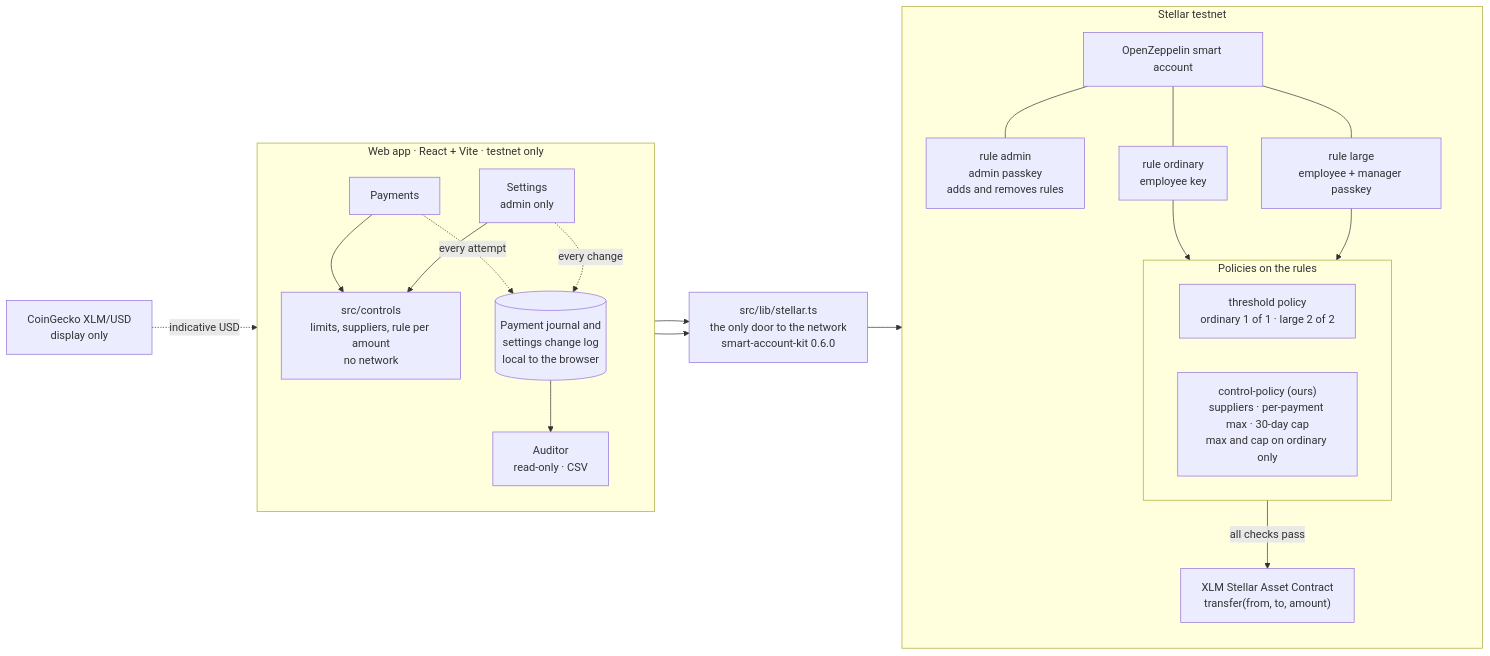
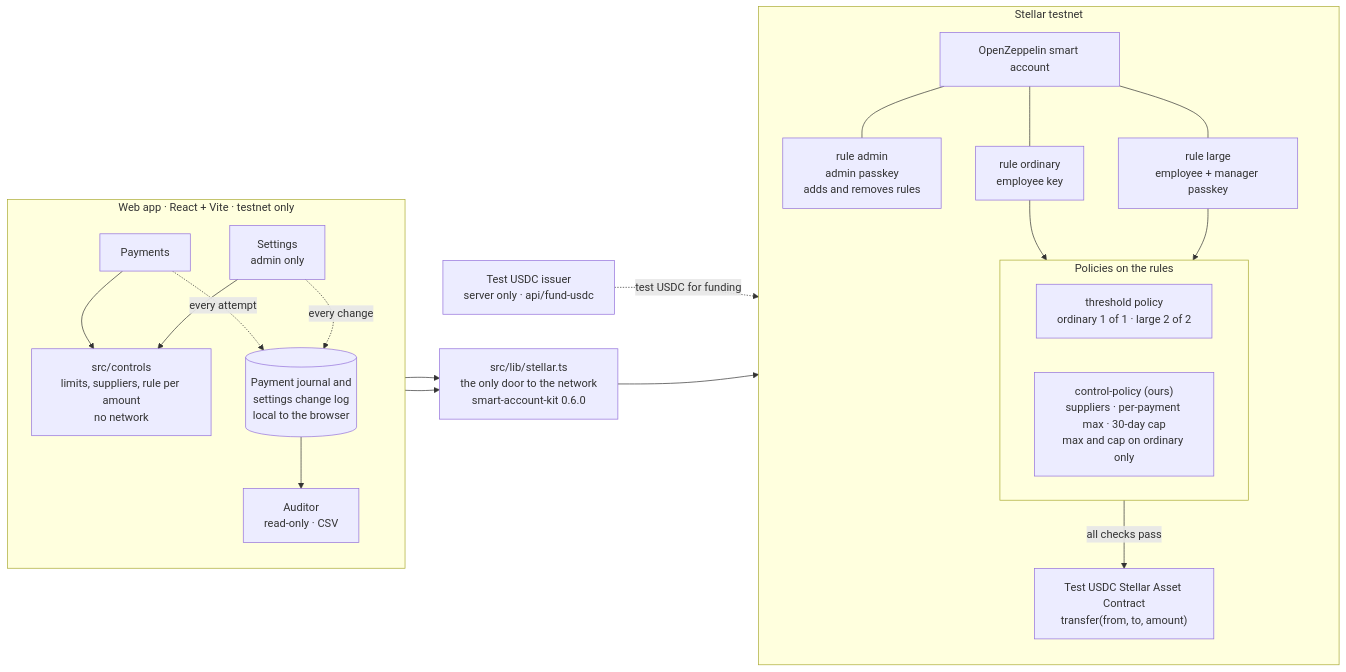
Before and after one commit to Dabuca/arqueo: the diagram in README.md, drawn with Mermaid. The commit also changed other lines of this file and 33 other files, not shown here.

First line of the commit message:
feat(R18): pay in test USDC funded by a server-side issuer

````diff
--- a/README.md
+++ b/README.md
@@ -21,44 +35,44 @@
 ```mermaid
 flowchart LR
-    Price["CoinGecko XLM/USD<br/>display only"]
+    Issuer["Test USDC issuer<br/>server only · api/fund-usdc"]
 
     subgraph App["Web app · React + Vite · testnet only"]
         direction TB
         Pay["Payments"]
         Set["Settings<br/>admin only"]
         Ctl["src/controls<br/>limits, suppliers, rule per amount<br/>no network"]
         Logs[("Payment journal and<br/>settings change log<br/>local to the browser")]
         Aud["Auditor<br/>read-only · CSV"]
     end
 
     Stellar["src/lib/stellar.ts<br/>the only door to the network<br/>smart-account-kit 0.6.0"]
 
     subgraph Chain["Stellar testnet"]
         direction TB
         Account["OpenZeppelin smart account"]
         Admin["rule admin<br/>admin passkey<br/>adds and removes rules"]
         Ord["rule ordinary<br/>employee key"]
         Large["rule large<br/>employee + manager passkey"]
         subgraph Pol["Policies on the rules"]
             Thr["threshold policy<br/>ordinary 1 of 1 · large 2 of 2"]
             CP["control-policy (ours)<br/>suppliers · per-payment max · 30-day cap<br/>max and cap on ordinary only"]
         end
-        SAC["XLM Stellar Asset Contract<br/>transfer(from, to, amount)"]
+        SAC["Test USDC Stellar Asset Contract<br/>transfer(from, to, amount)"]
         Account --- Admin
         Account --- Ord
         Account --- Large
         Ord --> Pol
         Large --> Pol
         Pol -->|"all checks pass"| SAC
     end
 
-    Price -.->|"indicative USD"| Pay
+    Issuer -.->|"test USDC for funding"| Account
     Pay --> Ctl
     Set --> Ctl
     Pay -.->|"every attempt"| Logs
     Set -.->|"every change"| Logs
     Logs --> Aud
     Pay --> Stellar
     Set --> Stellar
     Stellar --> Account
 ```
````
